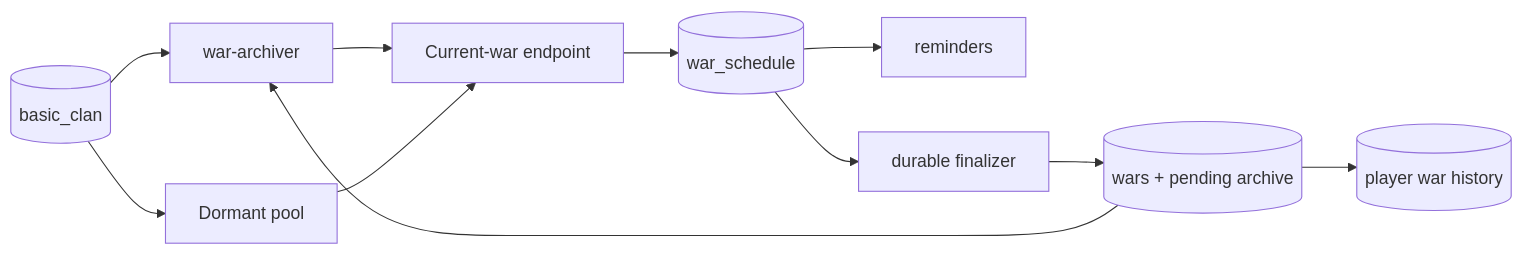
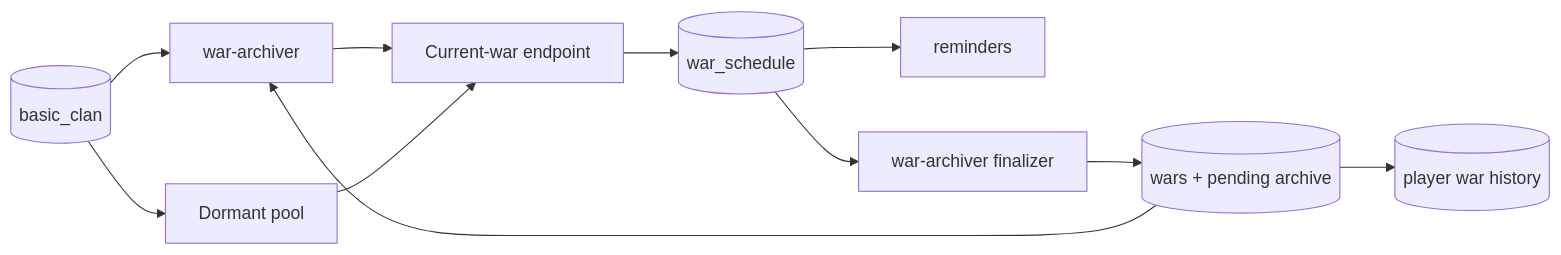
One commit to ClashKingInc/ClashKingTracking changed the diagram in docs/war-discovery.md. Above: the diagram before and after it, drawn with Mermaid. The commit also changed other lines of this file and 9 other files, not shown here.

````diff
--- a/docs/war-discovery.md
+++ b/docs/war-discovery.md
@@ -88,13 +57,13 @@
 ```mermaid
 flowchart LR
   C[(basic_clan)] --> A[Active 30-day pool]
   C --> D[Dormant pool]
   A --> API[Current-war endpoint]
   D --> API
   API --> S[(war_schedule)]
   S --> R[reminders]
-  S --> F[durable finalizer]
+  S --> F[war-archiver finalizer]
   F --> W[(wars + pending archive)]
   W --> H[(player war history)]
   W --> A[war-archiver]
 ```
````
